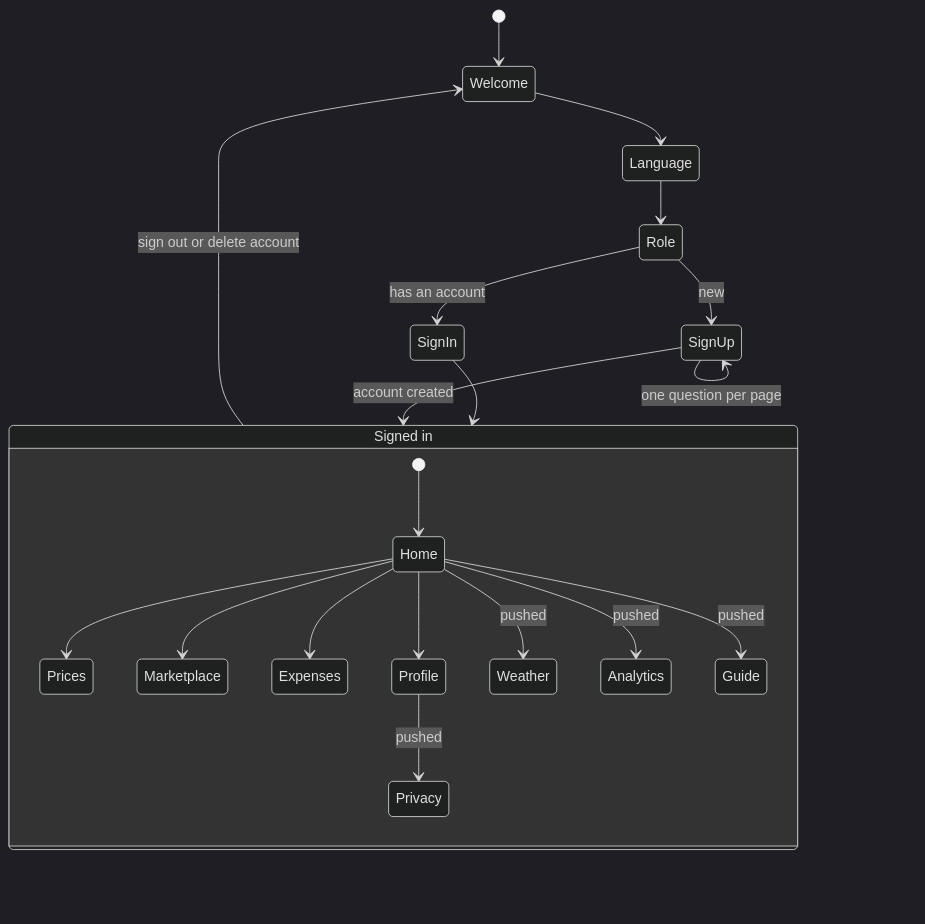
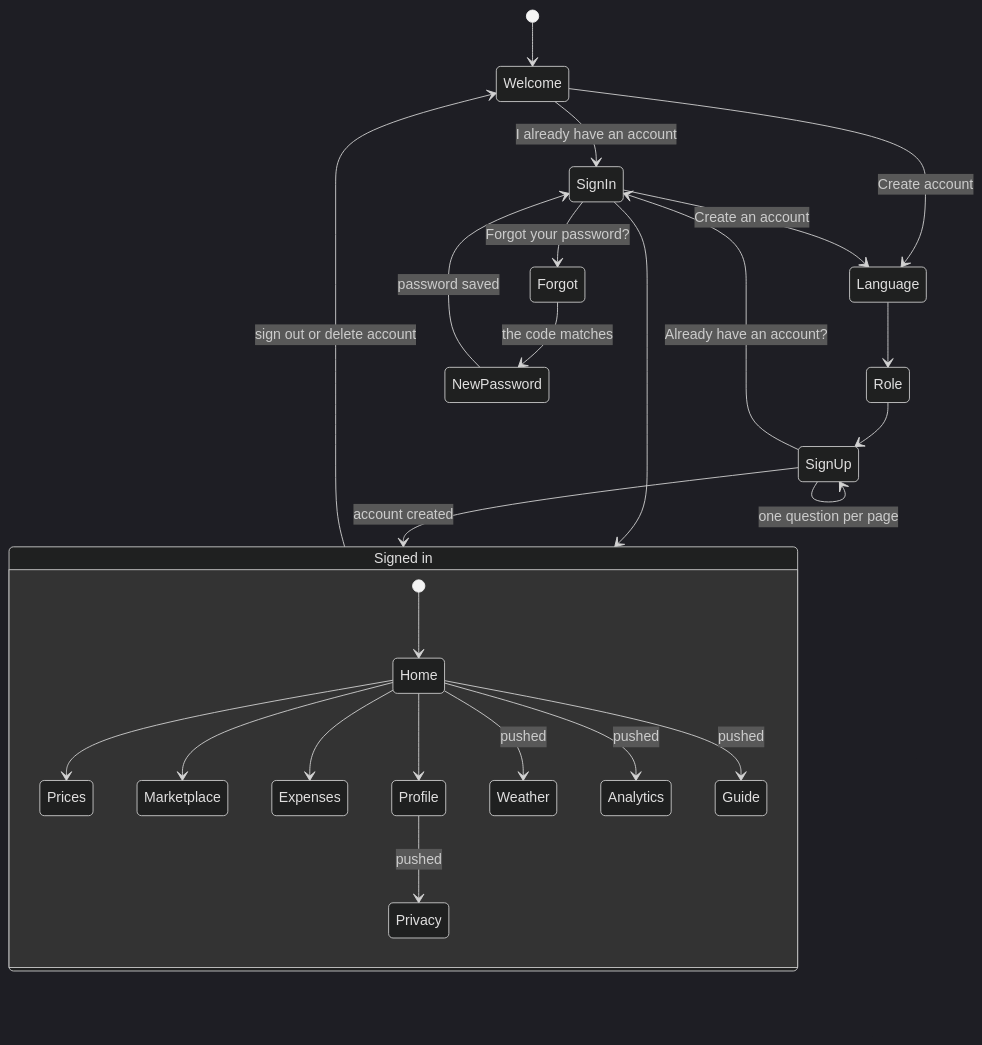
Before and after one commit to yslruzly/AniSense: the third of 10 diagrams in docs/architecture.md, drawn with Mermaid (dark theme). The commit also changed other lines of this file, not shown here.

````diff
--- a/docs/architecture.md
+++ b/docs/architecture.md
@@ -143,24 +152,29 @@
 ```mermaid
 stateDiagram-v2
   [*] --> Welcome
-  Welcome --> Language
+  Welcome --> SignIn: I already have an account
+  Welcome --> Language: Create account
   Language --> Role
-  Role --> SignIn: has an account
-  Role --> SignUp: new
+  Role --> SignUp
   SignUp --> SignUp: one question per page
+  SignUp --> SignIn: Already have an account?
+  SignIn --> Language: Create an account
+  SignIn --> Forgot: Forgot your password?
+  Forgot --> NewPassword: the code matches
+  NewPassword --> SignIn: password saved
   SignIn --> In
   SignUp --> In: account created
 
   state "Signed in" as In {
     [*] --> Home
     Home --> Prices
     Home --> Marketplace
     Home --> Expenses
     Home --> Profile
     Home --> Weather: pushed
     Home --> Analytics: pushed
     Home --> Guide: pushed
     Profile --> Privacy: pushed
   }
   In --> Welcome: sign out or delete account
 ```
````
